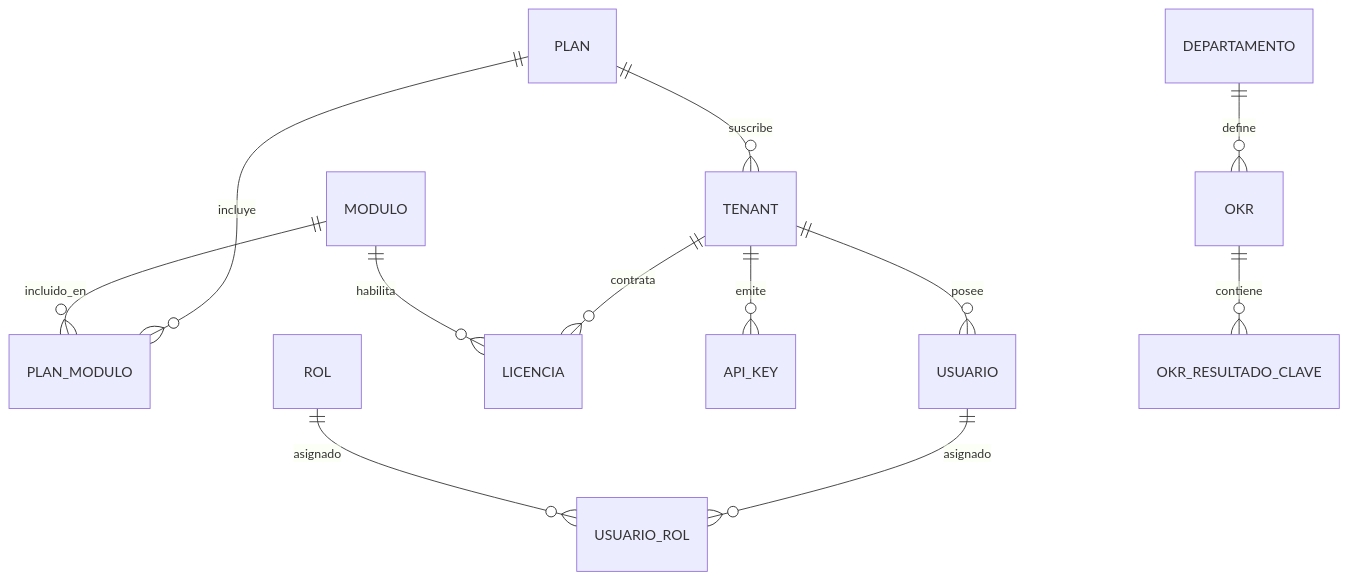
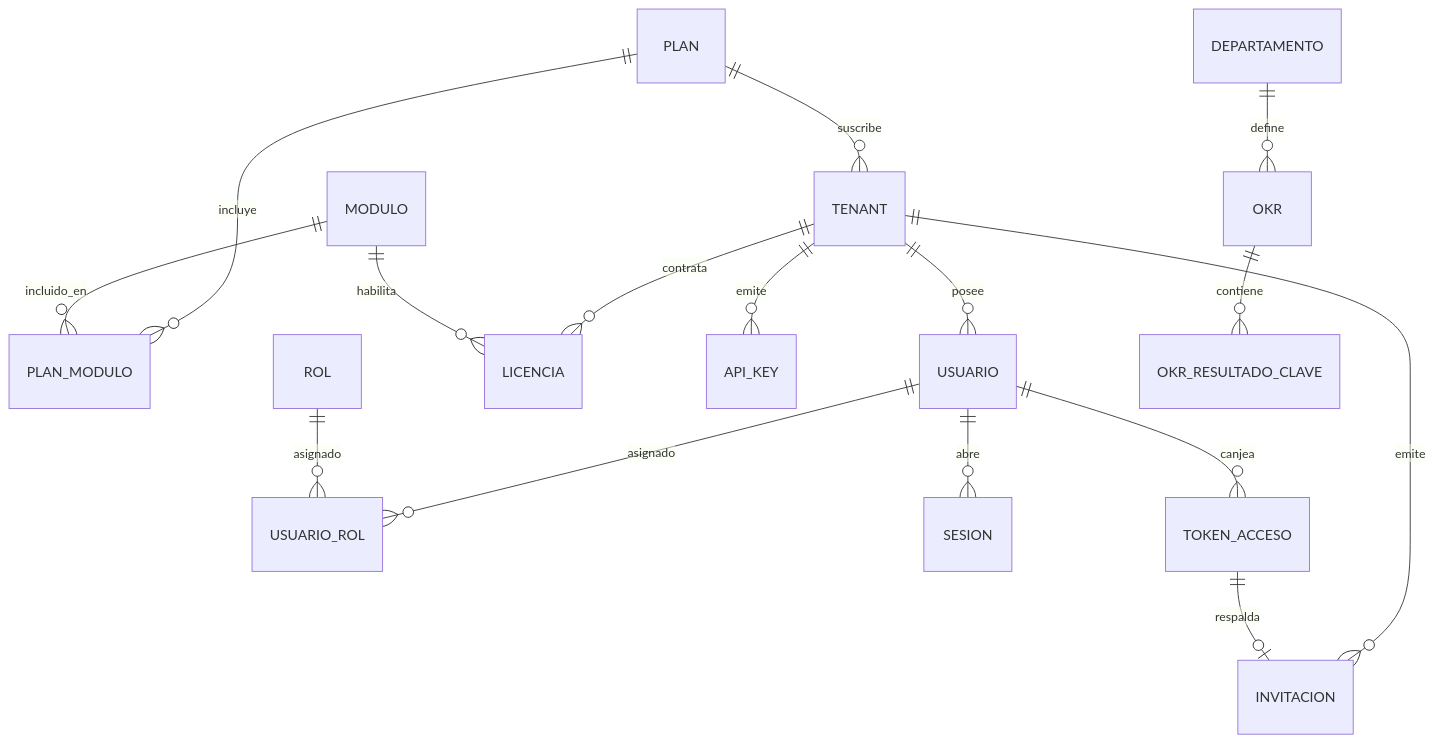
Before and after one commit to khrizzcoronel/AeroHub: the second of 10 diagrams in docs/sdd/AEROHUB-SDD-DATA-001-MonetDB-v1.0.md, drawn with Mermaid. The commit also changed other lines of this file and 105 other files, not shown here.

````diff
--- a/docs/sdd/AEROHUB-SDD-DATA-001-MonetDB-v1.0.md
+++ b/docs/sdd/AEROHUB-SDD-DATA-001-MonetDB-v1.0.md
@@ -313,14 +363,18 @@
 ```mermaid
 erDiagram
     PLAN ||--o{ TENANT : suscribe
     PLAN ||--o{ PLAN_MODULO : incluye
     MODULO ||--o{ PLAN_MODULO : incluido_en
     TENANT ||--o{ USUARIO : posee
     TENANT ||--o{ LICENCIA : contrata
     MODULO ||--o{ LICENCIA : habilita
     TENANT ||--o{ API_KEY : emite
     USUARIO ||--o{ USUARIO_ROL : asignado
     ROL ||--o{ USUARIO_ROL : asignado
     DEPARTAMENTO ||--o{ OKR : define
     OKR ||--o{ OKR_RESULTADO_CLAVE : contiene
+    USUARIO ||--o{ SESION : abre
+    USUARIO ||--o{ TOKEN_ACCESO : canjea
+    TENANT ||--o{ INVITACION : emite
+    TOKEN_ACCESO ||--o| INVITACION : respalda
 ```
````
